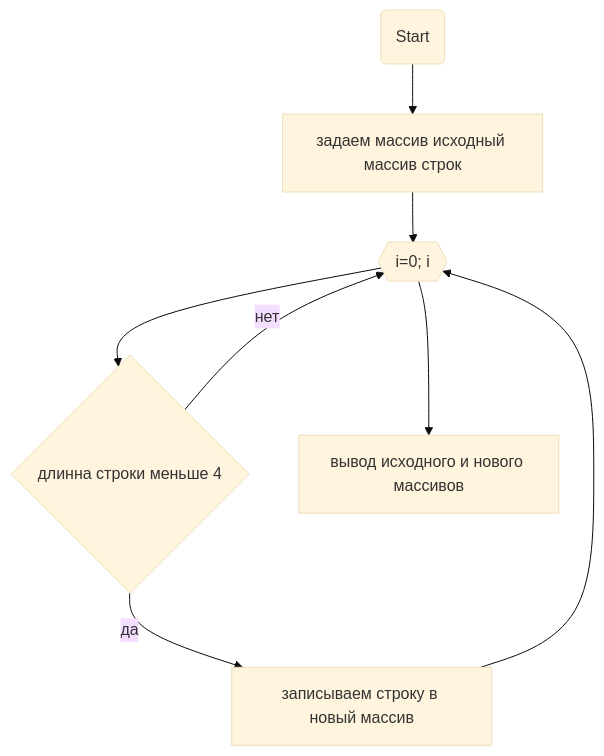
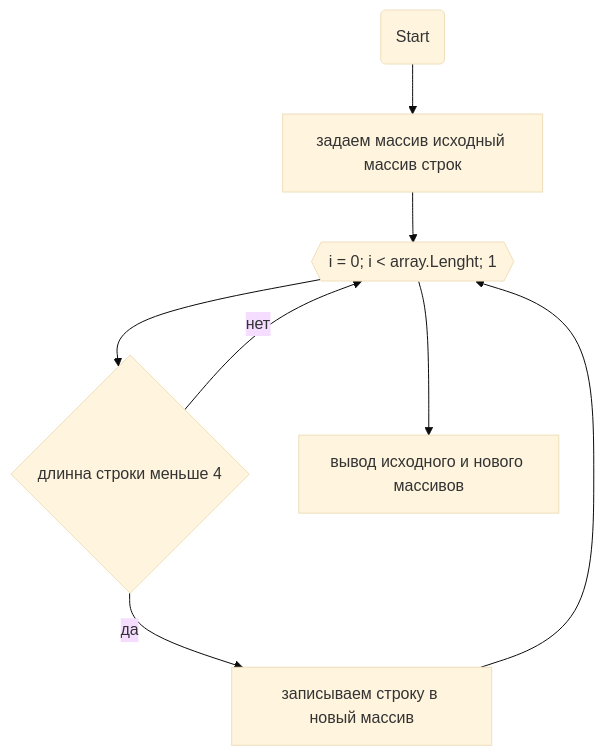
One commit to Adalberto777/FinalTestWork changed the diagram in README.md. Above: the diagram before and after it, drawn with Mermaid (base theme).

Commit message:
block diagram

````diff
--- a/README.md
+++ b/README.md
@@ -14,10 +14,10 @@
 ```mermaid
   graph TB;       
     node1(Start)  --> node2[задаем исходный массив строк];
-    node2[задаем массив исходный массив строк] --> node3{{"i=0; i<array.Lenght; 1"}};
-    node3{{"i=0; i<array.Lenght; 1"}} --> node4{длинна строки меньше 4};
+    node2[задаем массив исходный массив строк] --> node3{{"i = 0; i < array.Lenght; 1"}};
+    node3{{"i = 0; i < array.Lenght; 1"}} --> node4{длинна строки меньше 4};
     node4{длинна строки меньше 4} -- да --> node5[записываем строку в новый массив];
-    node5[записываем строку в новый массив] --> node3{{"i=0; i<array.Lenght; 1"}};
+    node5[записываем строку в новый массив] --> node3{{"i = 0; i < array.Lenght; 1"}};
     node4{длинна строки меньше 4} -- нет --> node3{{"i=0; i<array.Lenght;1"}};
-    node3{{"i=0; i<array.Lenght; 1"}} --> node6[вывод исходного и нового массивов];
+    node3{{"i = 0; i < array.Lenght; 1"}} --> node6[вывод исходного и нового массивов];
 ```
````
